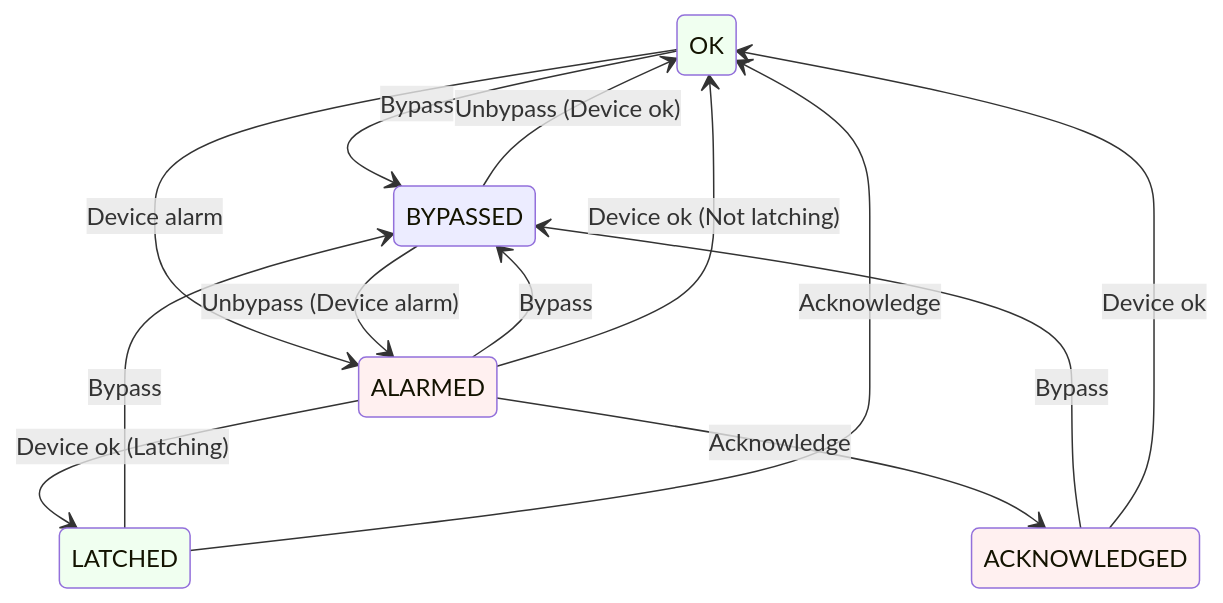
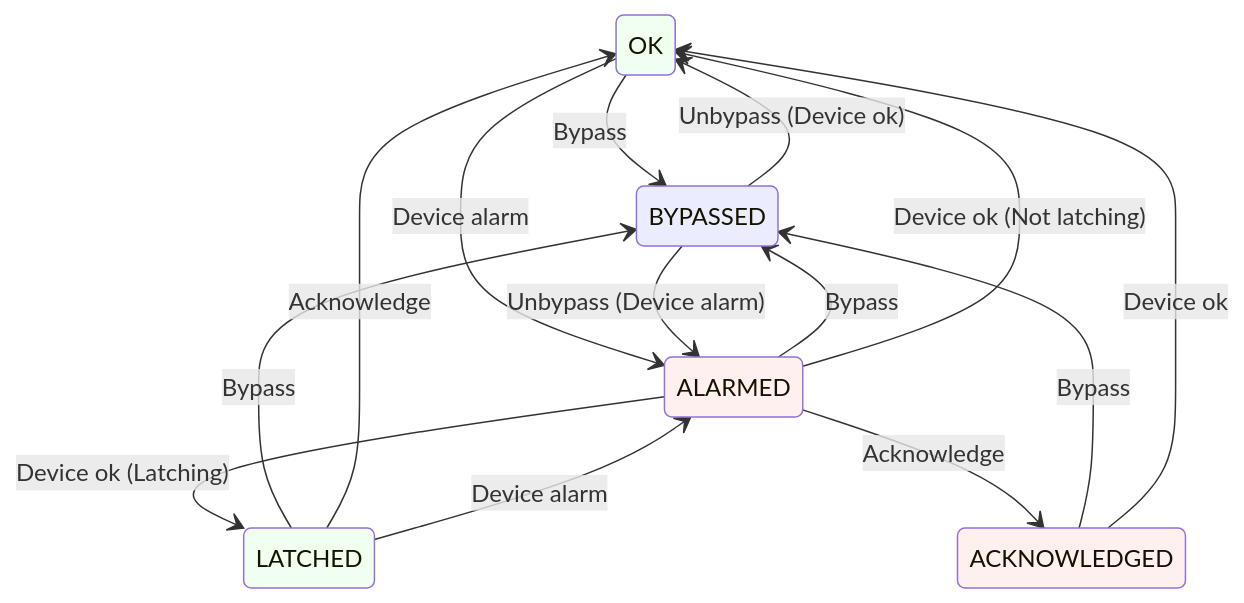
Before and after one commit to fermi-ad/acorn-alarms-service: the diagram in README.md, drawn with Mermaid. The commit also changed other lines of this file, not shown here.

````diff
--- a/README.md
+++ b/README.md
@@ -67,24 +67,25 @@
 ```mermaid
 stateDiagram-v2
   OK --> BYPASSED: Bypass
   OK --> ALARMED: Device alarm
 
   BYPASSED --> OK: Unbypass (Device ok)
   BYPASSED --> ALARMED: Unbypass (Device alarm)
 
   ALARMED --> BYPASSED: Bypass
   ALARMED --> OK: Device ok (Not latching)
   ALARMED --> LATCHED: Device ok (Latching)
   ALARMED --> ACKNOWLEDGED: Acknowledge
 
   ACKNOWLEDGED --> BYPASSED: Bypass
   ACKNOWLEDGED --> OK: Device ok
 
   LATCHED --> BYPASSED: Bypass
   LATCHED --> OK: Acknowledge
+  LATCHED --> ALARMED: Device alarm
 
   style OK            fill:#F0FFF0
   style LATCHED       fill:#F0FFF0
   style ALARMED       fill:#FFF0F0
   style ACKNOWLEDGED  fill:#FFF0F0
 ```
````
